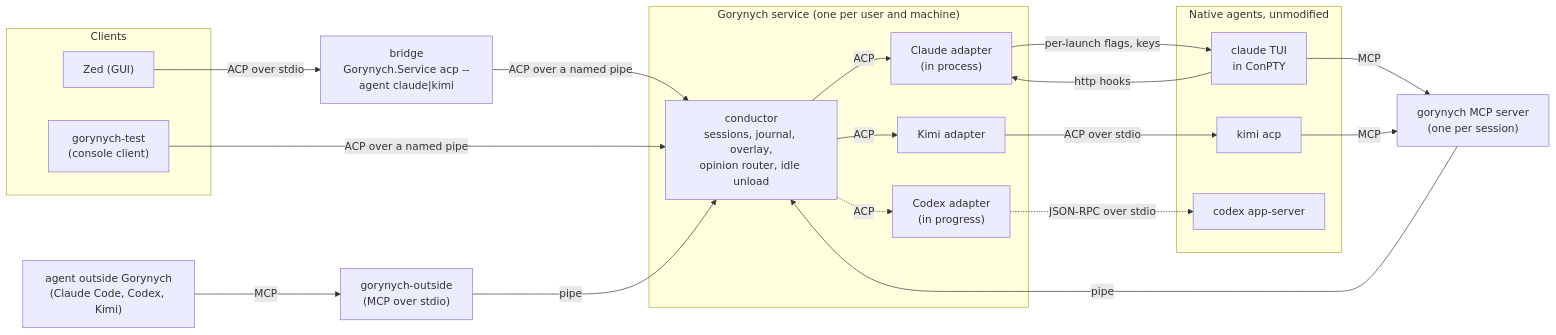
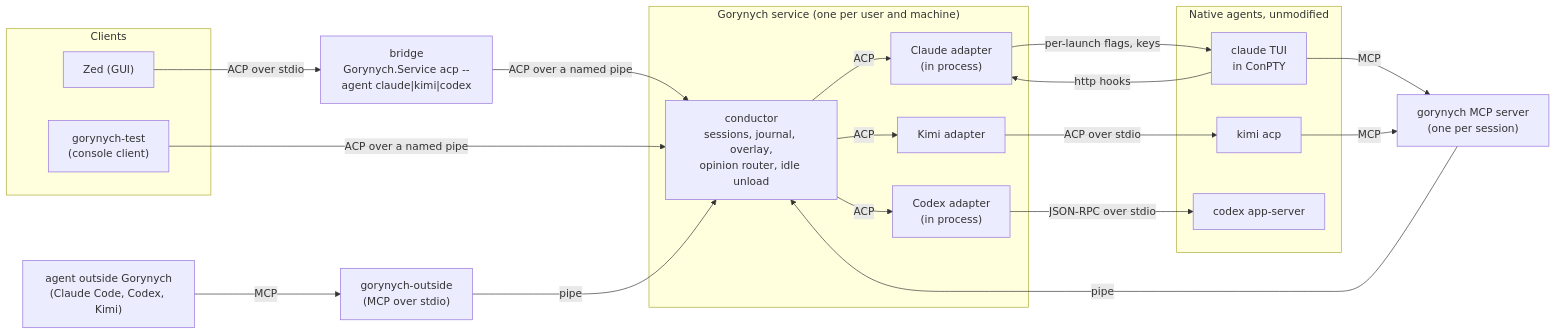
One commit to Phoenix-/gorynych changed the first of 5 diagrams in docs/design.md. Above: the diagram before and after it, drawn with Mermaid. The commit also changed other lines of this file and 1 other file, not shown here.

Commit message:
Mark Codex done and the Zed fork public in the README and design doc

````diff
--- a/docs/design.md
+++ b/docs/design.md
@@ -67,38 +67,38 @@
 ```mermaid
 flowchart LR
   subgraph clients["Clients"]
     zed["Zed (GUI)"]
     test["gorynych-test<br/>(console client)"]
   end
-  bridge["bridge<br/>Gorynych.Service acp --agent claude|kimi"]
+  bridge["bridge<br/>Gorynych.Service acp --agent claude|kimi|codex"]
   subgraph service["Gorynych service (one per user and machine)"]
     conductor["conductor<br/>sessions, journal, overlay,<br/>opinion router, idle unload"]
     claudeA["Claude adapter<br/>(in process)"]
     kimiA["Kimi adapter"]
-    codexA["Codex adapter<br/>(in progress)"]
+    codexA["Codex adapter<br/>(in process)"]
   end
   subgraph agents["Native agents, unmodified"]
     claude["claude TUI<br/>in ConPTY"]
     kimi["kimi acp"]
     codex["codex app-server"]
   end
   peers["gorynych MCP server<br/>(one per session)"]
   outsideAgent["agent outside Gorynych<br/>(Claude Code, Codex, Kimi)"]
   shim["gorynych-outside<br/>(MCP over stdio)"]
 
   zed -- "ACP over stdio" --> bridge
   bridge -- "ACP over a named pipe" --> conductor
   test -- "ACP over a named pipe" --> conductor
   conductor -- "ACP" --> claudeA
   conductor -- "ACP" --> kimiA
-  conductor -. "ACP" .-> codexA
+  conductor -- "ACP" --> codexA
   claudeA -- "per-launch flags, keys" --> claude
   claude -- "http hooks" --> claudeA
   kimiA -- "ACP over stdio" --> kimi
-  codexA -. "JSON-RPC over stdio" .-> codex
+  codexA -- "JSON-RPC over stdio" --> codex
   claude -- "MCP" --> peers
   kimi -- "MCP" --> peers
   peers -- "pipe" --> conductor
   outsideAgent -- "MCP" --> shim
   shim -- "pipe" --> conductor
 ```
````
